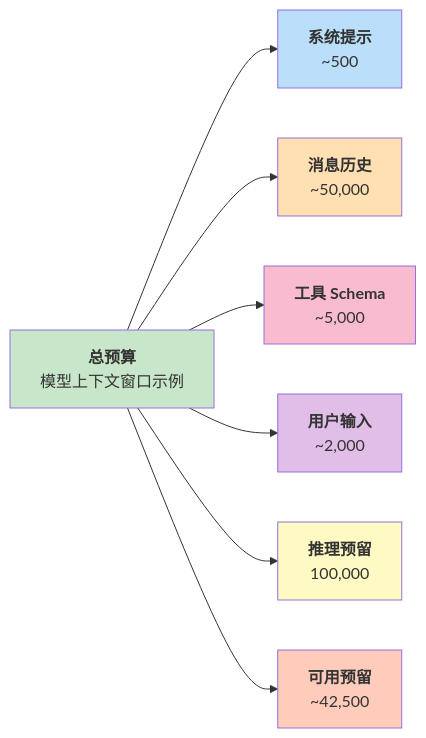
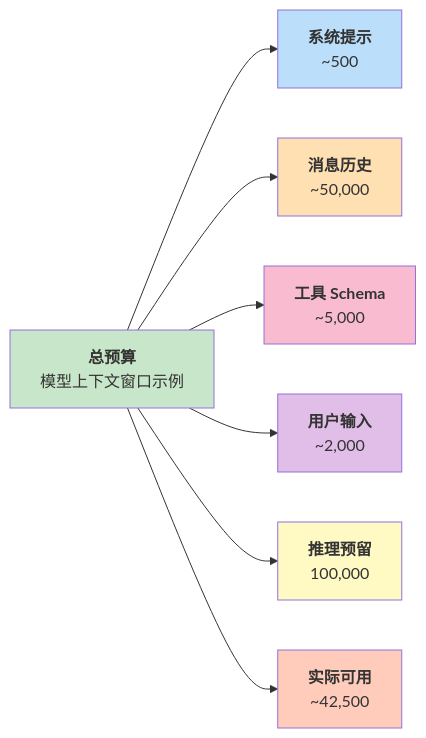
The diagram in 04_runtime/4.6_token_budget.md (yeasy/harness_engineering_guide), drawn with Mermaid before and after one commit. The commit also changed 8 other files, not shown here.

````diff
--- a/04_runtime/4.6_token_budget.md
+++ b/04_runtime/4.6_token_budget.md
@@ -16,16 +16,16 @@
 ```mermaid
 graph LR
     A["<b>总预算</b><br/>模型上下文窗口示例"] --> B["<b>系统提示</b><br/>~500"]
     A --> C["<b>消息历史</b><br/>~50,000"]
     A --> D["<b>工具 Schema</b><br/>~5,000"]
     A --> E["<b>用户输入</b><br/>~2,000"]
     A --> F["<b>推理预留</b><br/>100,000"]
-    A --> G["<b>可用预留</b><br/>~42,500"]
+    A --> G["<b>实际可用</b><br/>~42,500"]
     style A fill:#c8e6c9
     style B fill:#bbdefb
     style C fill:#ffe0b2
     style D fill:#f8bbd0
     style E fill:#e1bee7
     style F fill:#fff9c4
     style G fill:#ffccbc
 ```
````
